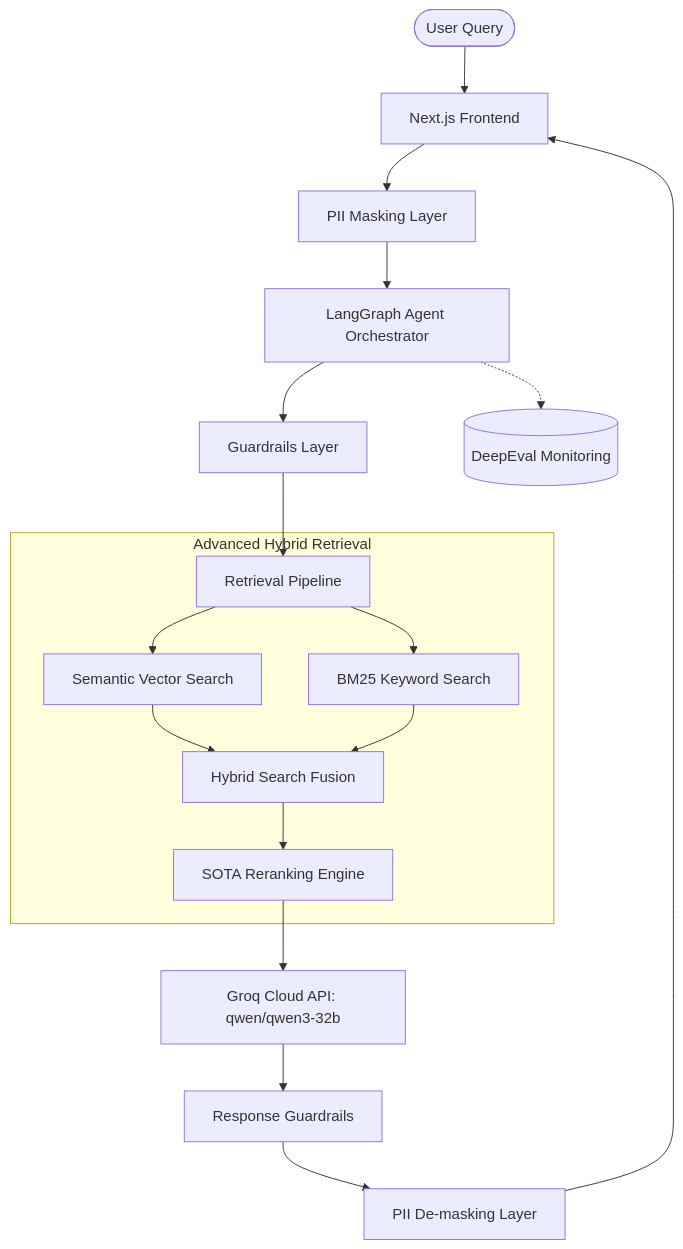
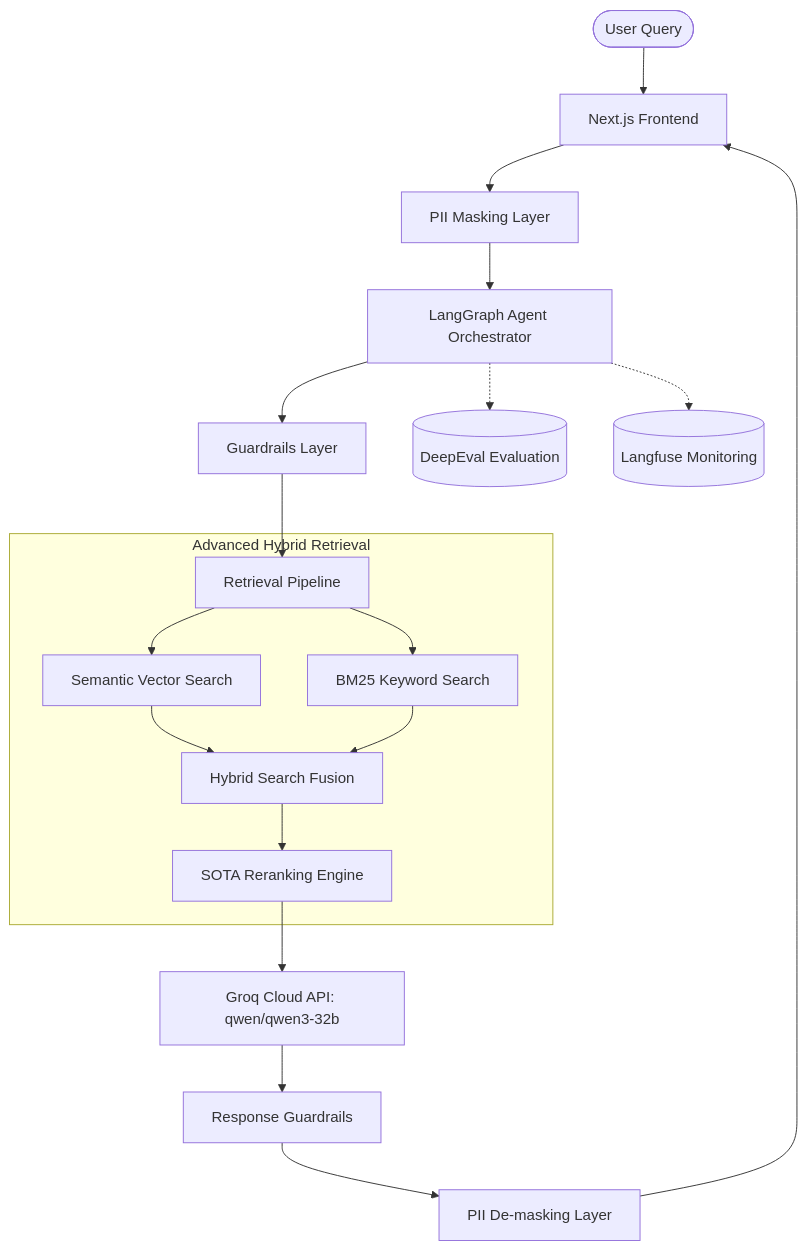
The diagram in README.md (omerjadoon/barristerbot-web), drawn with Mermaid before and after one commit. The commit also changed other lines of this file and 1 other file, not shown here.

````diff
--- a/README.md
+++ b/README.md
@@ -9,24 +9,25 @@
 ```mermaid
 graph TD
     User([User Query]) --> UI[Next.js Frontend]
     UI --> PIIMasking[PII Masking Layer]
     PIIMasking --> Orchestrator[LangGraph Agent Orchestrator]
     Orchestrator --> Guardrails[Guardrails Layer]
     Guardrails --> Retrieval[Retrieval Pipeline]
     
     subgraph Retrieval Pipeline [Advanced Hybrid Retrieval]
         Retrieval --> Semantic[Semantic Vector Search]
         Retrieval --> BM25[BM25 Keyword Search]
         Semantic --> Fusion[Hybrid Search Fusion]
         BM25 --> Fusion
         Fusion --> Reranker[SOTA Reranking Engine]
     end
 
     Reranker --> LLM[Groq Cloud API: qwen/qwen3-32b]
     LLM --> PostGuard[Response Guardrails]
     PostGuard --> PIIDemask[PII De-masking Layer]
     PIIDemask --> UI
     
-    %% Evaluation Layer
-    Orchestrator -.-> DeepEval[(DeepEval Monitoring)]
+    %% Evaluation & Monitoring Layers
+    Orchestrator -.-> DeepEval[(DeepEval Evaluation)]
+    Orchestrator -.-> Langfuse[(Langfuse Monitoring)]
 ```
````
